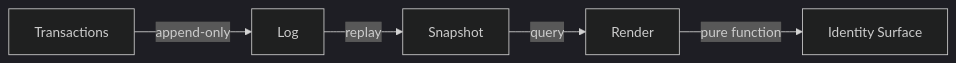
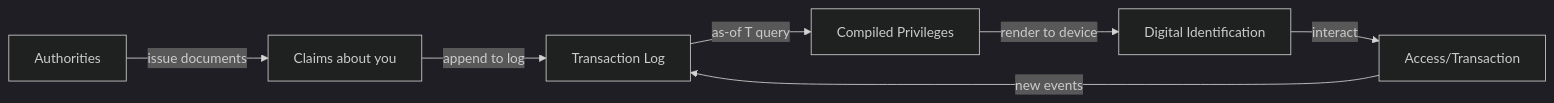
Before and after one commit to Synthetic-Identity-Co/conj-talk-2025: the first of 3 diagrams in presenter.md, drawn with Mermaid (dark theme). The commit also changed other lines of this file, not shown here.

````diff
--- a/presenter.md
+++ b/presenter.md
@@ -44,7 +139,9 @@
 ```mermaid
 graph LR
-    A[Transactions] -->|append-only| B[Log]
-    B -->|replay| C[Snapshot]
-    C -->|query| D[Render]
-    D -->|pure function| E[Identity Surface]
+    A[Authorities] -->|issue documents| B[Claims about you]
+    B -->|append to log| C[Transaction Log]
+    C -->|as-of T query| D[Compiled Privileges]
+    D -->|render to device| E[Digital Identification]
+    E -->|interact| F[Access/Transaction]
+    F -->|new events| C
 ```
````
